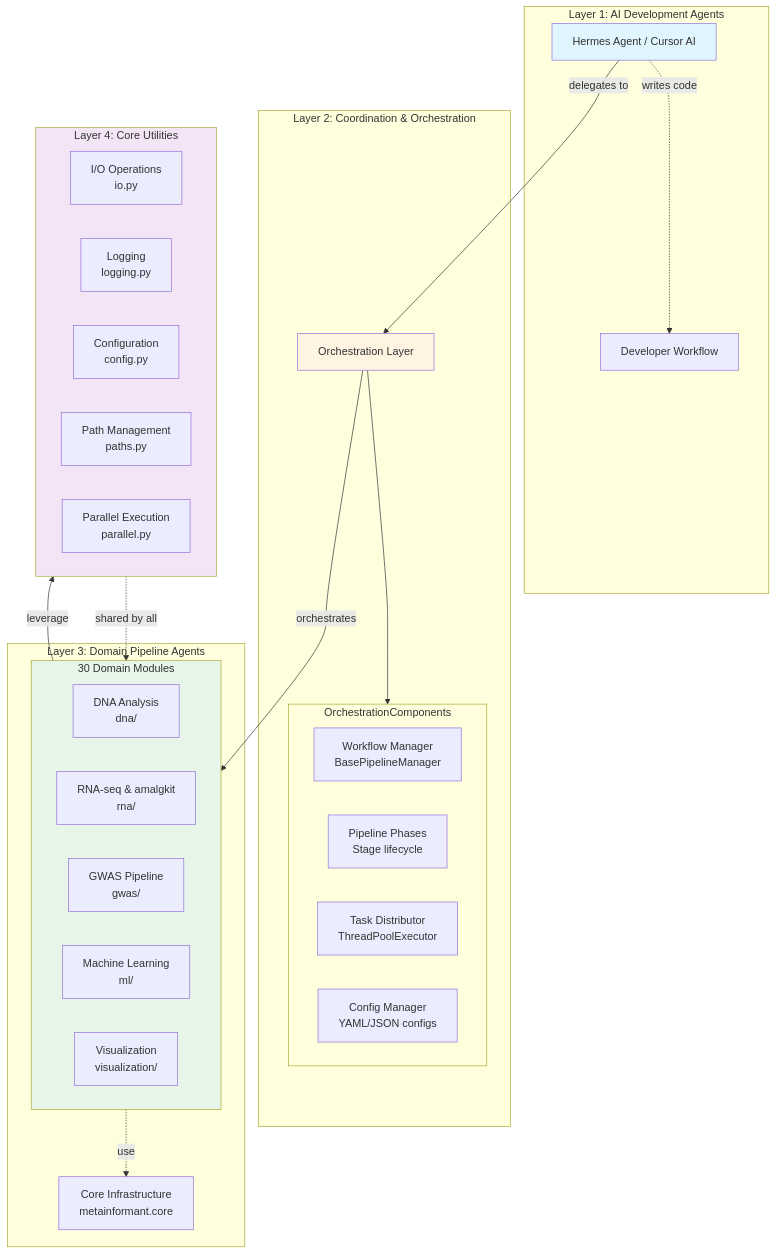
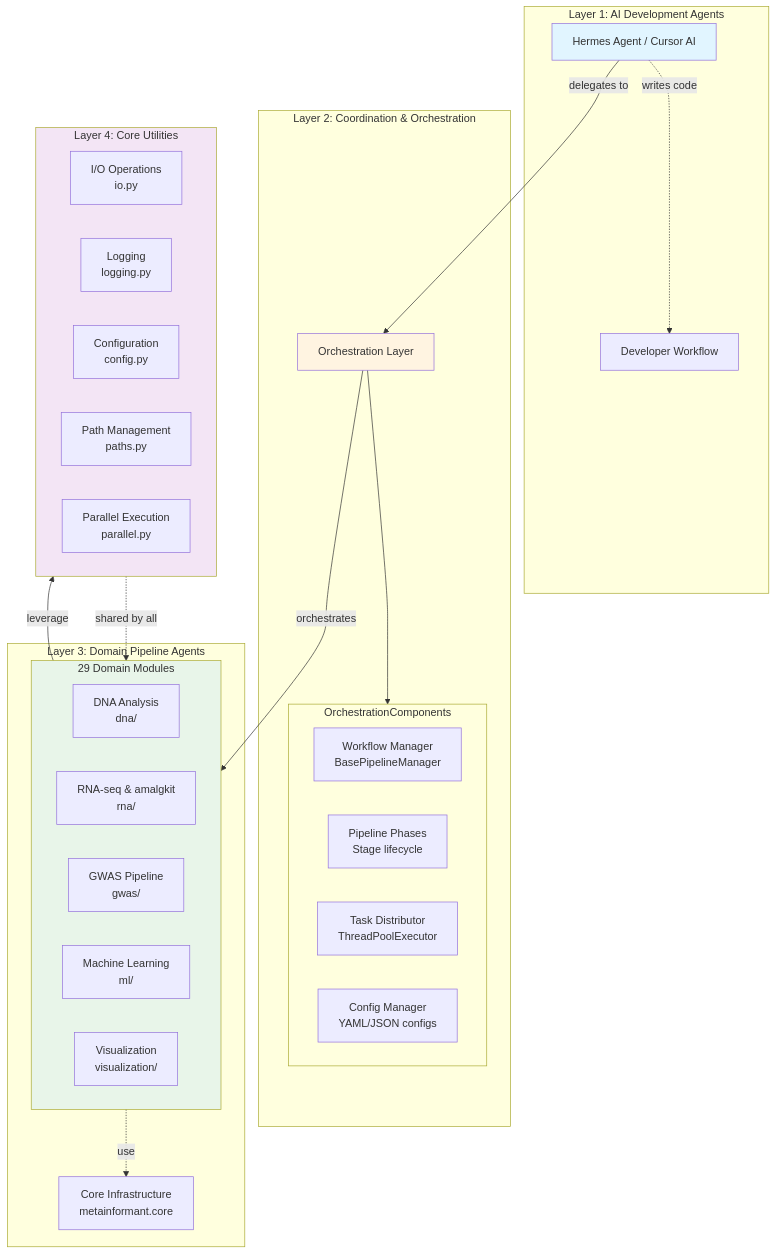
One commit to docxology/MetaInformAnt changed the diagram in docs/agents/README.md. Above: the diagram before and after it, drawn with Mermaid. The commit also changed other lines of this file and 189 other files, not shown here.

````diff
--- a/docs/agents/README.md
+++ b/docs/agents/README.md
@@ -20,47 +20,47 @@
 ```mermaid
 flowchart TB
     subgraph A[Layer 1: AI Development Agents]
         AI[Hermes Agent / Cursor AI]
         AI -.->|writes code| DEV[Developer Workflow]
     end
 
     subgraph B[Layer 2: Coordination & Orchestration]
         ORCH[Orchestration Layer]
         subgraph OrchestrationComponents
             WM[Workflow Manager<br/>BasePipelineManager]
             PF[Pipeline Phases<br/>Stage lifecycle]
             TM[Task Distributor<br/>ThreadPoolExecutor]
             CM[Config Manager<br/>YAML/JSON configs]
         end
         ORCH --> OrchestrationComponents
     end
 
     subgraph C[Layer 3: Domain Pipeline Agents]
-        subgraph DomainAgents[30 Domain Modules]
+        subgraph DomainAgents[29 Domain Modules]
             DNA[DNA Analysis<br/>dna/]
             RNA[RNA-seq & amalgkit<br/>rna/]
             GWAS[GWAS Pipeline<br/>gwas/]
             ML[Machine Learning<br/>ml/]
             VIZ[Visualization<br/>visualization/]
         end
         DomainAgents -.->|use| CORE[Core Infrastructure<br/>metainformant.core]
     end
 
     subgraph D[Layer 4: Core Utilities]
         IO[I/O Operations<br/>io.py]
         LOG[Logging<br/>logging.py]
         CFG[Configuration<br/>config.py]
         PATH[Path Management<br/>paths.py]
         PAR[Parallel Execution<br/>parallel.py]
     end
 
     AI -->|delegates to| ORCH
     ORCH -->|orchestrates| DomainAgents
     DomainAgents -->|leverage| D
     D -.->|shared by all| DomainAgents
 
     style AI fill:#e1f5ff
     style ORCH fill:#fff4e1
     style DomainAgents fill:#e8f5e9
     style D fill:#f3e5f5
 ```
````
